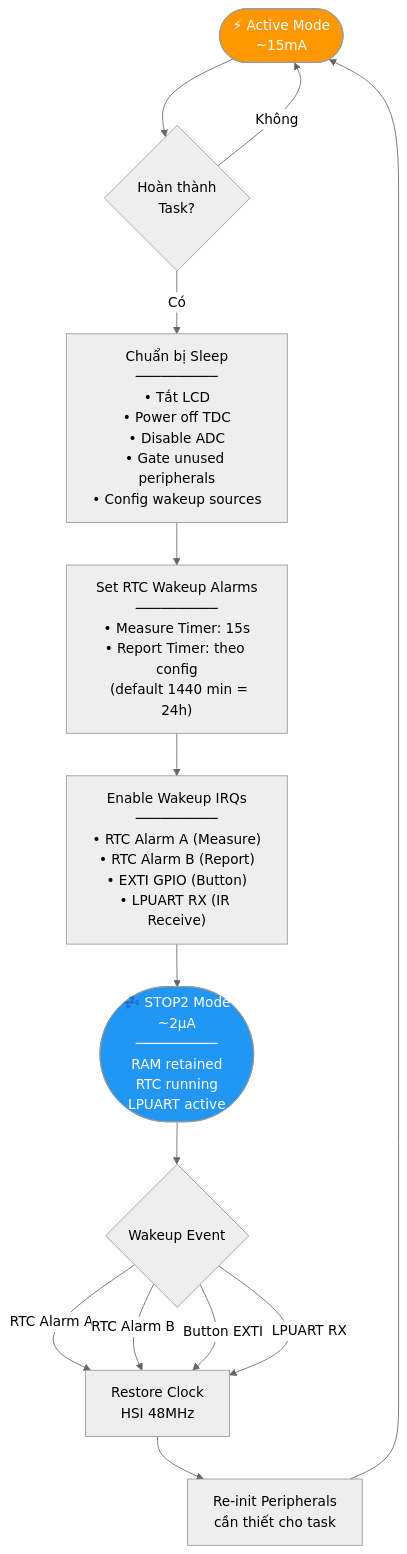
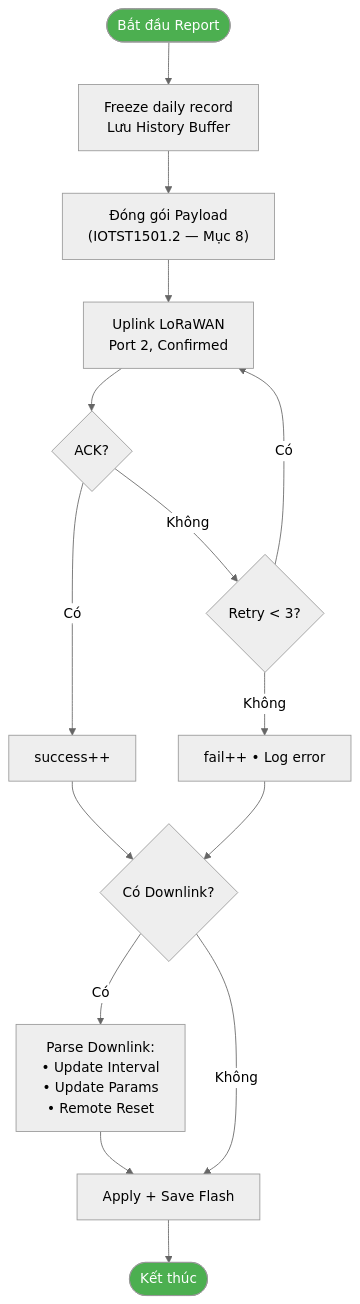
Before and after one commit to tuantran0707/WM: the fifth of 8 diagrams in documentation/DUT/Firmware_Flowchart_BlockDiagram.md, drawn with Mermaid (neutral theme). The commit also changed other lines of this file, not shown here.

Commit message:
fix firmware flowchart block diagram

````diff
--- a/documentation/DUT/Firmware_Flowchart_BlockDiagram.md
+++ b/documentation/DUT/Firmware_Flowchart_BlockDiagram.md
@@ -323,26 +169,20 @@
 ```mermaid
 flowchart TD
-    ACTIVE(["⚡ Active Mode<br/>~15mA"]) --> TASK_DONE{Hoàn thành<br/>Task?}
+    A([Bắt đầu Report]) --> B["Freeze daily record<br/>Lưu History Buffer"]
+    B --> C["Đóng gói Payload<br/>(IOTST1501.2 — Mục 8)"]
+    C --> D["Uplink LoRaWAN<br/>Port 2, Confirmed"]
+    D --> E{ACK?}
+    E -- Có --> F["success++"]
+    E -- Không --> G{Retry < 3?}
+    G -- Có --> D
+    G -- Không --> H["fail++ • Log error"]
+    F --> I{Có Downlink?}
+    H --> I
+    I -- Có --> J["Parse Downlink:<br/>• Update Interval<br/>• Update Params<br/>• Remote Reset"]
+    J --> K["Apply + Save Flash"]
+    I -- Không --> K
+    K --> END([Kết thúc])
 
-    TASK_DONE -- Không --> ACTIVE
-    TASK_DONE -- Có --> PREP_SLEEP["Chuẩn bị Sleep<br/>──────────<br/>• Tắt LCD<br/>• Power off TDC<br/>• Disable ADC<br/>• Gate unused peripherals<br/>• Config wakeup sources"]
-
-    PREP_SLEEP --> SET_RTC["Set RTC Wakeup Alarms<br/>──────────<br/>• Measure Timer: 15s<br/>• Report Timer: theo config<br/>  (default 1440 min = 24h)"]
-
-    SET_RTC --> ENABLE_IRQ["Enable Wakeup IRQs<br/>──────────<br/>• RTC Alarm A (Measure)<br/>• RTC Alarm B (Report)<br/>• EXTI GPIO (Button)<br/>• LPUART RX (IR Receive)"]
-
-    ENABLE_IRQ --> STOP2(["💤 STOP2 Mode<br/>~2µA<br/>──────────<br/>RAM retained<br/>RTC running<br/>LPUART active"])
-
-    STOP2 --> WAKEUP_EVT{"Wakeup Event"}
-
-    WAKEUP_EVT -- "RTC Alarm A" --> RESTORE_CLK["Restore Clock<br/>HSI 48MHz"]
-    WAKEUP_EVT -- "RTC Alarm B" --> RESTORE_CLK
-    WAKEUP_EVT -- "Button EXTI" --> RESTORE_CLK
-    WAKEUP_EVT -- "LPUART RX" --> RESTORE_CLK
-
-    RESTORE_CLK --> RE_INIT["Re-init Peripherals<br/>cần thiết cho task"]
-    RE_INIT --> ACTIVE
-
-    style ACTIVE fill:#ff9800,color:#fff
-    style STOP2 fill:#2196F3,color:#fff
+    style A fill:#4CAF50,color:#fff
+    style END fill:#4CAF50,color:#fff
 ```
````
